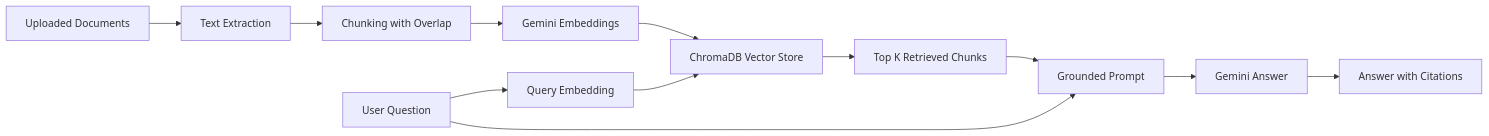
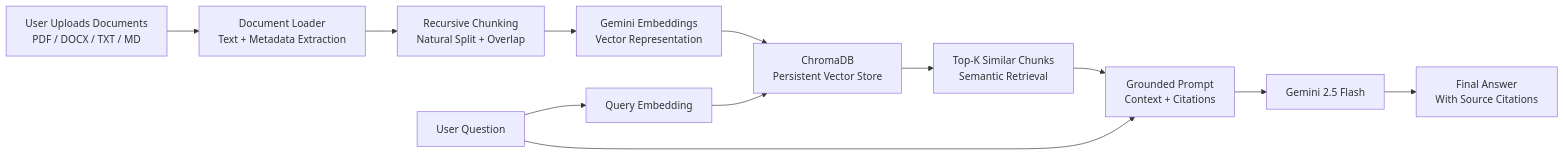
The first of 3 diagrams in README.md (sayendranadh/document-qa-bot), drawn with Mermaid before and after one commit. The commit also changed other lines of this file, not shown here.

````diff
--- a/README.md
+++ b/README.md
@@ -9,14 +31,15 @@
 ```mermaid
 flowchart LR
-    A[Uploaded Documents] --> B[Text Extraction]
-    B --> C[Chunking with Overlap]
-    C --> D[Gemini Embeddings]
-    D --> E[ChromaDB Vector Store]
-    F[User Question] --> G[Query Embedding]
-    G --> E
-    E --> H[Top K Retrieved Chunks]
-    H --> I[Grounded Prompt]
-    F --> I
-    I --> J[Gemini Answer]
-    J --> K[Answer with Citations]
+    A["User Uploads Documents<br/>PDF / DOCX / TXT / MD"] --> B["Document Loader<br/>Text + Metadata Extraction"]
+    B --> C["Recursive Chunking<br/>Natural Split + Overlap"]
+    C --> D["Gemini Embeddings<br/>Vector Representation"]
+    D --> E["ChromaDB<br/>Persistent Vector Store"]
+
+    Q["User Question"] --> QE["Query Embedding"]
+    QE --> E
+    E --> R["Top-K Similar Chunks<br/>Semantic Retrieval"]
+    R --> P["Grounded Prompt<br/>Context + Citations"]
+    Q --> P
+    P --> G["Gemini 2.5 Flash"]
+    G --> O["Final Answer<br/>With Source Citations"]
 ```
````
